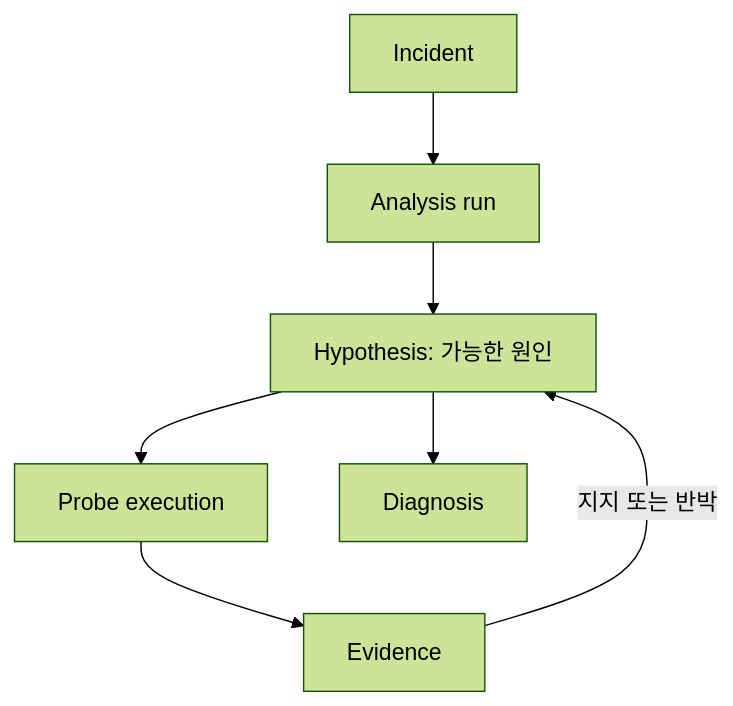
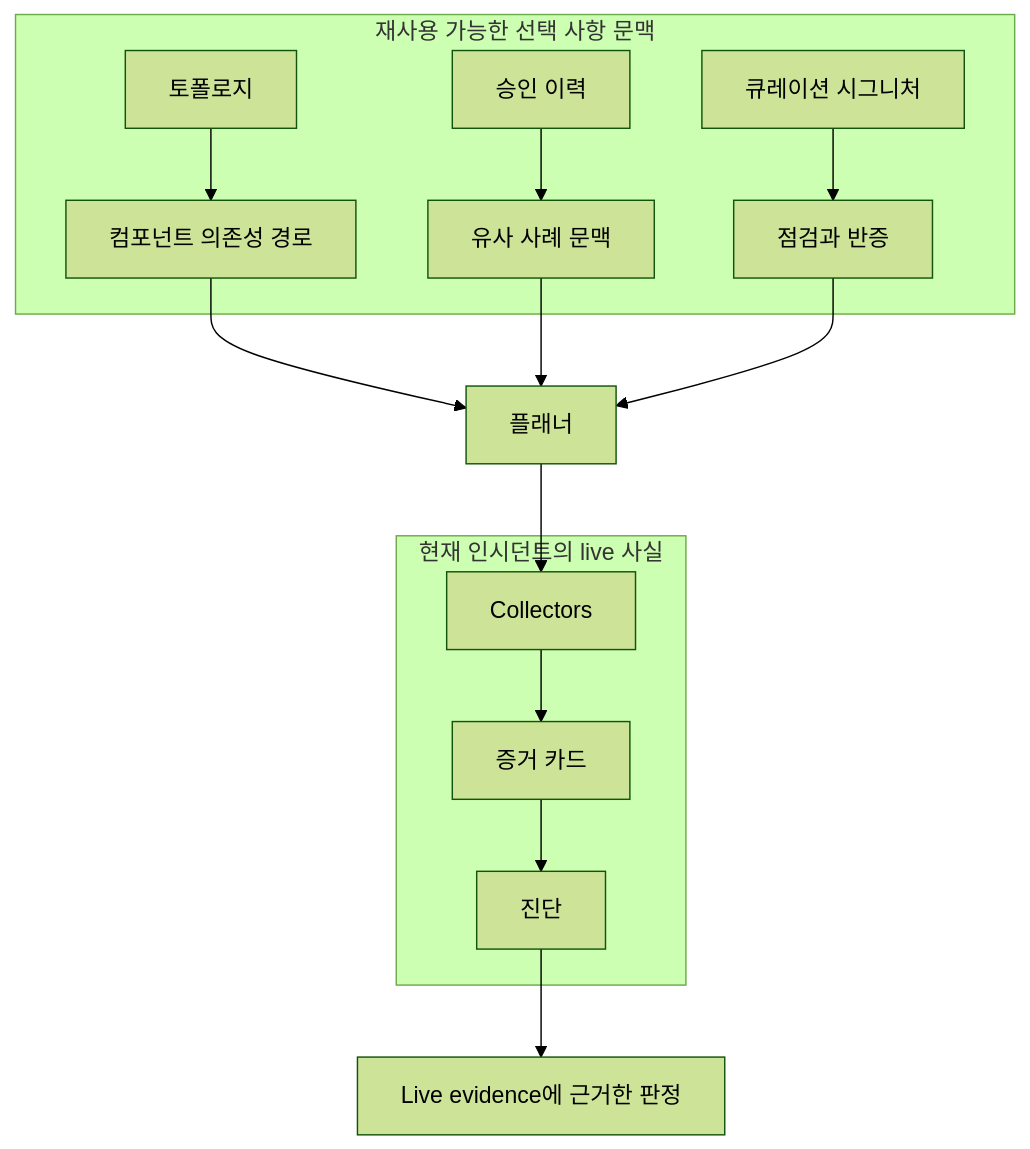
The second of 3 diagrams in docs/ko/LEARNING-AND-ONTOLOGY.md (uclix-nvidia-sw/runaiRCA), drawn with Mermaid (forest theme) before and after one commit. The commit also changed other lines of this file and 5 other files, not shown here.

````diff
--- a/docs/ko/LEARNING-AND-ONTOLOGY.md
+++ b/docs/ko/LEARNING-AND-ONTOLOGY.md
@@ -52,9 +46,17 @@
 ```mermaid
-flowchart TD
-  I[Incident] --> R[Analysis run]
-  R --> H[Hypothesis: 가능한 원인]
-  H --> P[Probe execution]
-  P --> E[Evidence]
-  E -->|지지 또는 반박| H
-  H --> D[Diagnosis]
+flowchart TB
+  subgraph Live[현재 인시던트의 live 사실]
+    L[Collectors] --> E[증거 카드]
+    E --> D[진단]
+  end
+  subgraph Knowledge[재사용 가능한 선택 사항 문맥]
+    T[토폴로지] --> C[컴포넌트 의존성 경로]
+    H[승인 이력] --> S[유사 사례 문맥]
+    K[큐레이션 시그니처] --> G[점검과 반증]
+  end
+  C --> P[플래너]
+  S --> P
+  G --> P
+  P --> L
+  D --> V[Live evidence에 근거한 판정]
 ```
````
